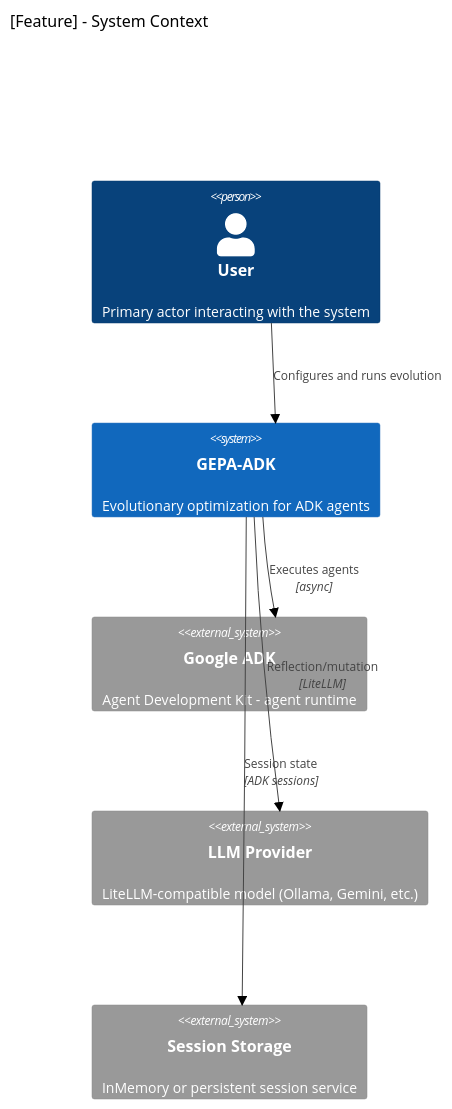
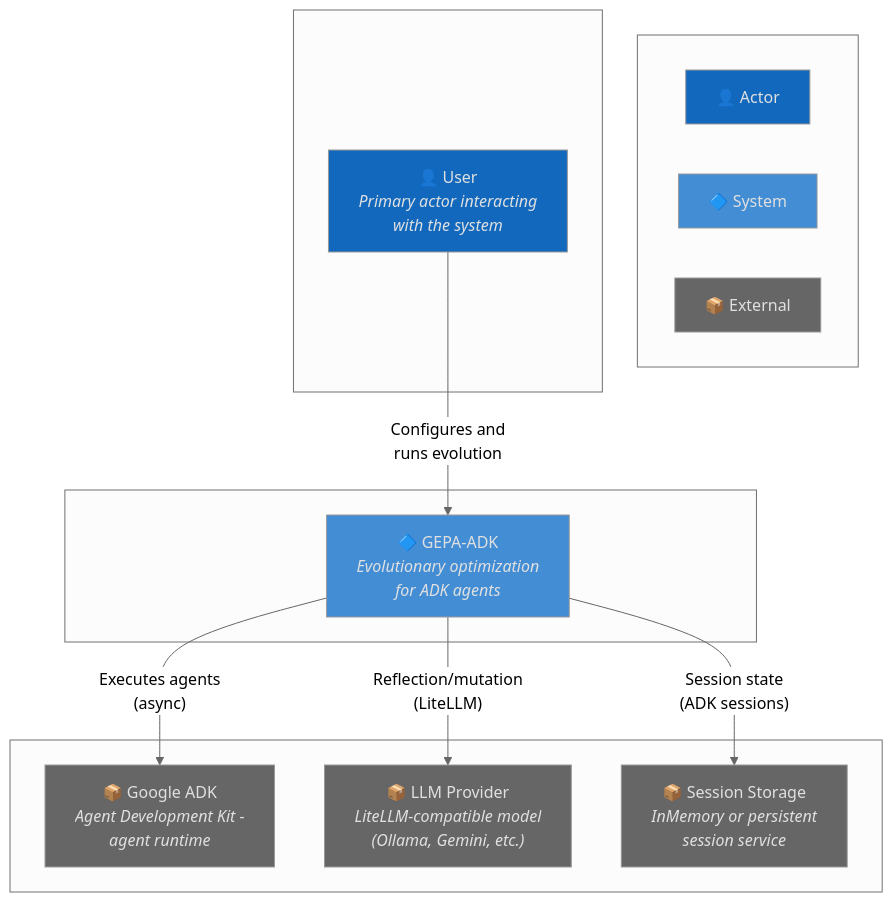
Before and after one commit to Alberto-Codes/gepa-adk: the first of 10 diagrams in .specify/templates/architecture-template.md, drawn with Mermaid (neutral theme). The commit also changed other lines of this file and 26 other files, not shown here.

````diff
--- a/.specify/templates/architecture-template.md
+++ b/.specify/templates/architecture-template.md
@@ -47,16 +55,37 @@
 ```mermaid
-C4Context
-title [Feature] - System Context
+flowchart TB
+    subgraph Legend[" "]
+        direction LR
+        l1["👤 Actor"]
+        l2["🔷 System"]
+        l3["📦 External"]
+    end
 
-Person(user, "User", "Primary actor interacting with the system")
-System(gepa, "GEPA-ADK", "Evolutionary optimization for ADK agents")
+    subgraph Actors[" "]
+        user["👤 User<br/><i>Primary actor interacting<br/>with the system</i>"]
+    end
 
-System_Ext(adk, "Google ADK", "Agent Development Kit - agent runtime")
-System_Ext(llm, "LLM Provider", "LiteLLM-compatible model (Ollama, Gemini, etc.)")
-System_Ext(storage, "Session Storage", "InMemory or persistent session service")
+    subgraph System[" "]
+        gepa["🔷 GEPA-ADK<br/><i>Evolutionary optimization<br/>for ADK agents</i>"]
+    end
 
-Rel(user, gepa, "Configures and runs evolution")
-Rel(gepa, adk, "Executes agents", "async")
-Rel(gepa, llm, "Reflection/mutation", "LiteLLM")
-Rel(gepa, storage, "Session state", "ADK sessions")
+    subgraph External[" "]
+        adk["📦 Google ADK<br/><i>Agent Development Kit -<br/>agent runtime</i>"]
+        llm["📦 LLM Provider<br/><i>LiteLLM-compatible model<br/>(Ollama, Gemini, etc.)</i>"]
+        storage["📦 Session Storage<br/><i>InMemory or persistent<br/>session service</i>"]
+    end
+
+    user -->|"Configures and<br/>runs evolution"| gepa
+    gepa -->|"Executes agents<br/>(async)"| adk
+    gepa -->|"Reflection/mutation<br/>(LiteLLM)"| llm
+    gepa -->|"Session state<br/>(ADK sessions)"| storage
+
+    style l1 fill:#1168BD,color:#E0E0E0
+    style l2 fill:#438DD5,color:#E0E0E0
+    style l3 fill:#666666,color:#E0E0E0
+    style gepa fill:#438DD5,color:#E0E0E0
+    style adk fill:#666666,color:#E0E0E0
+    style llm fill:#666666,color:#E0E0E0
+    style storage fill:#666666,color:#E0E0E0
+    style user fill:#1168BD,color:#E0E0E0
 ```
````
